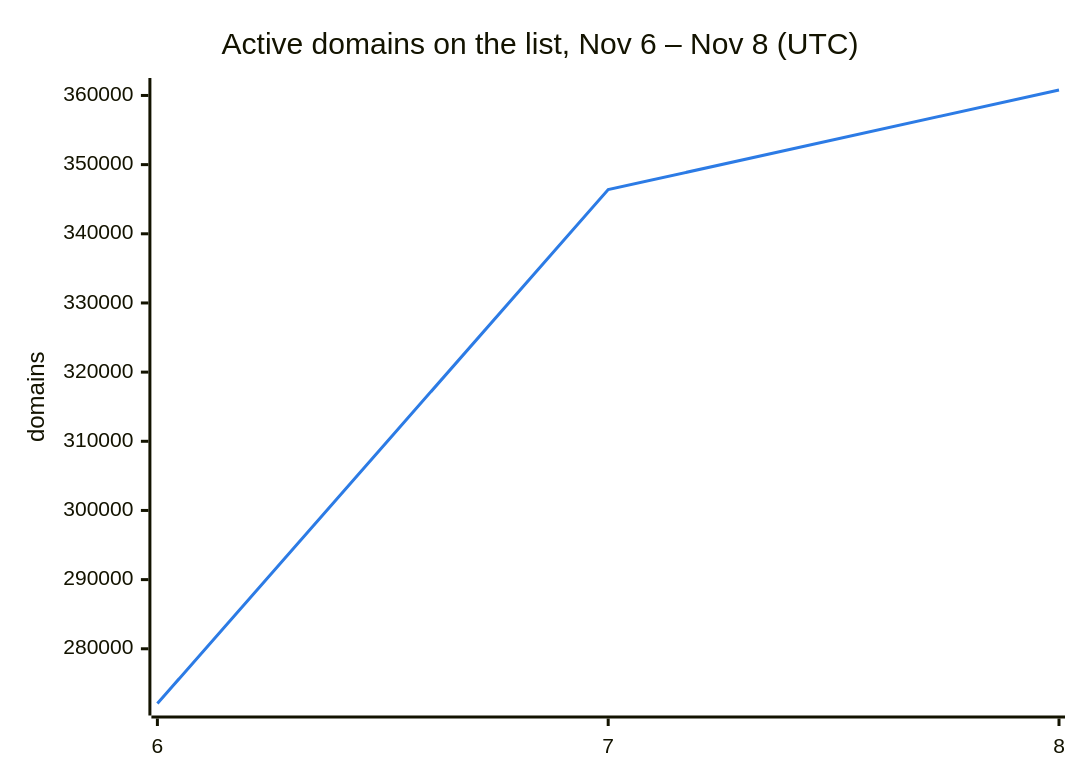
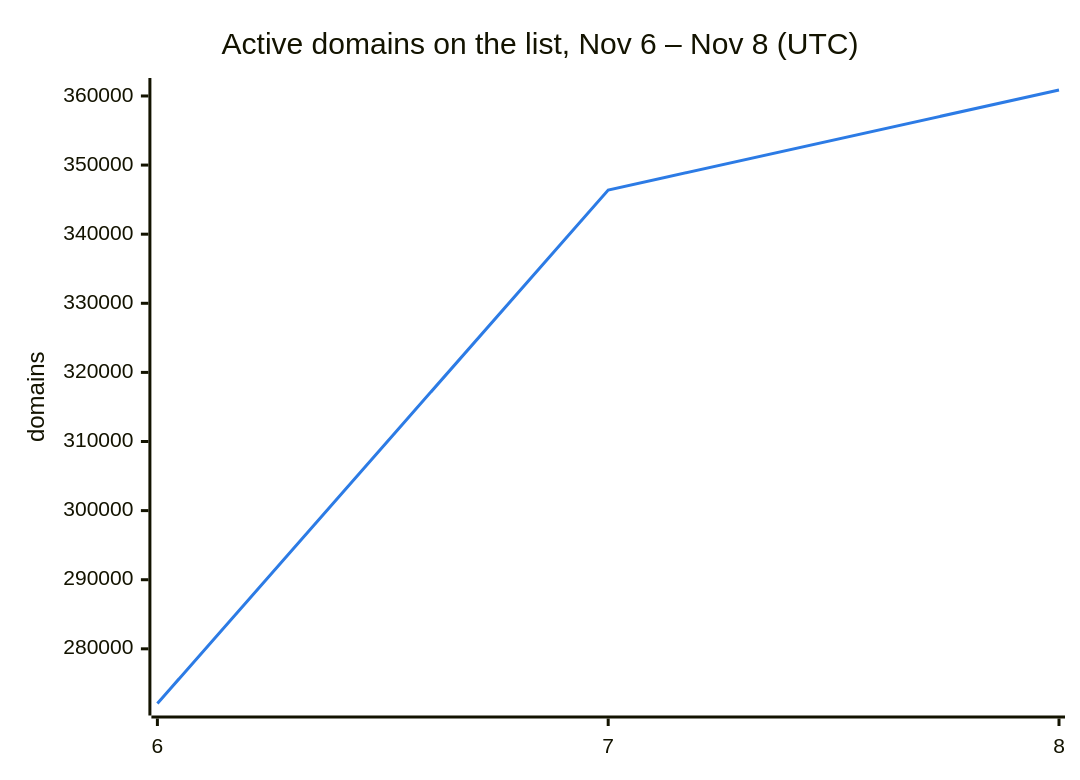
One commit to DNSBunker/CTI changed the second of 3 diagrams in README.md. Above: the diagram before and after it, drawn with Mermaid. The commit also changed other lines of this file and 3 other files, not shown here.

````diff
--- a/README.md
+++ b/README.md
@@ -38,8 +38,8 @@
 ```mermaid
 %%{init: {"themeVariables": {"xyChart": {"plotColorPalette": "#2c7be5"}}}}%%
 xychart-beta
     title "Active domains on the list, Nov 6 – Nov 8 (UTC)"
     x-axis ["6", "7", "8"]
     y-axis "domains"
-    line [272088, 346388, 360790]
+    line [272088, 346388, 360865]
 ```
````
